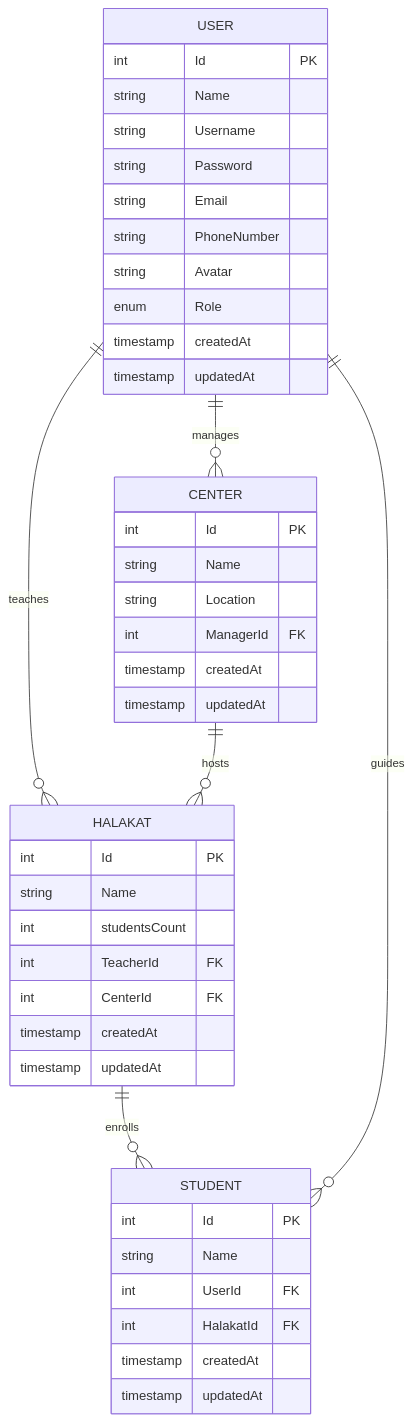
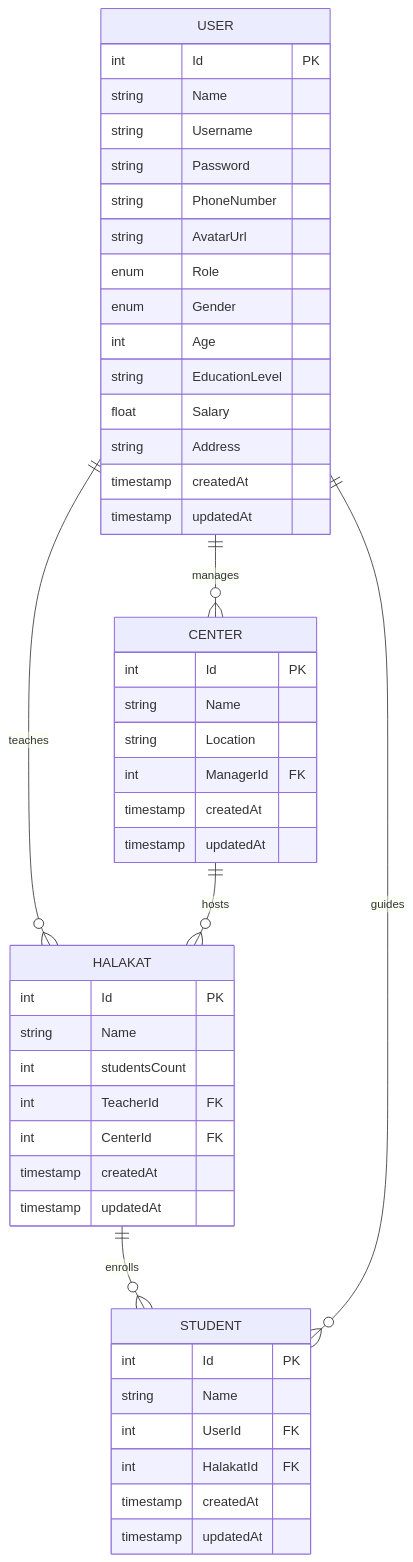
The third of 8 diagrams in .qoder/repowiki/en/content/Feature Modules/User Management System.md (Mreng78/khirocom_project), drawn with Mermaid before and after one commit. The commit also changed other lines of this file and 13 other files, not shown here.

````diff
--- a/.qoder/repowiki/en/content/Feature Modules/User Management System.md
+++ b/.qoder/repowiki/en/content/Feature Modules/User Management System.md
@@ -186,45 +203,49 @@
 ```mermaid
 erDiagram
 USER {
 int Id PK
 string Name
 string Username
 string Password
-string Email
 string PhoneNumber
-string Avatar
+string AvatarUrl
 enum Role
+enum Gender
+int Age
+string EducationLevel
+float Salary
+string Address
 timestamp createdAt
 timestamp updatedAt
 }
 CENTER {
 int Id PK
 string Name
 string Location
 int ManagerId FK
 timestamp createdAt
 timestamp updatedAt
 }
 HALAKAT {
 int Id PK
 string Name
 int studentsCount
 int TeacherId FK
 int CenterId FK
 timestamp createdAt
 timestamp updatedAt
 }
 STUDENT {
 int Id PK
 string Name
 int UserId FK
 int HalakatId FK
 timestamp createdAt
 timestamp updatedAt
 }
 USER ||--o{ CENTER : "manages"
 USER ||--o{ HALAKAT : "teaches"
 CENTER ||--o{ HALAKAT : "hosts"
 HALAKAT ||--o{ STUDENT : "enrolls"
 USER ||--o{ STUDENT : "guides"
 ```
````
